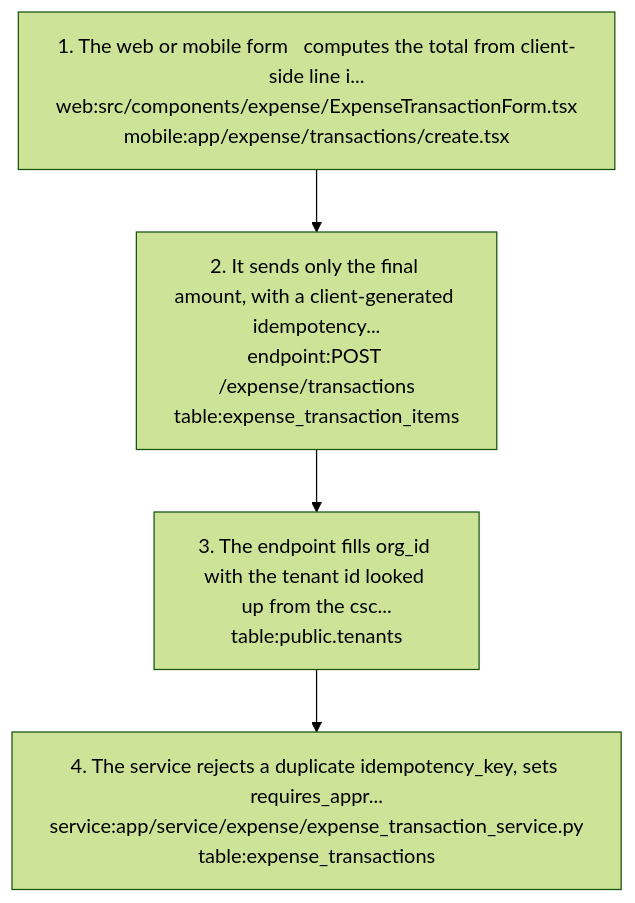
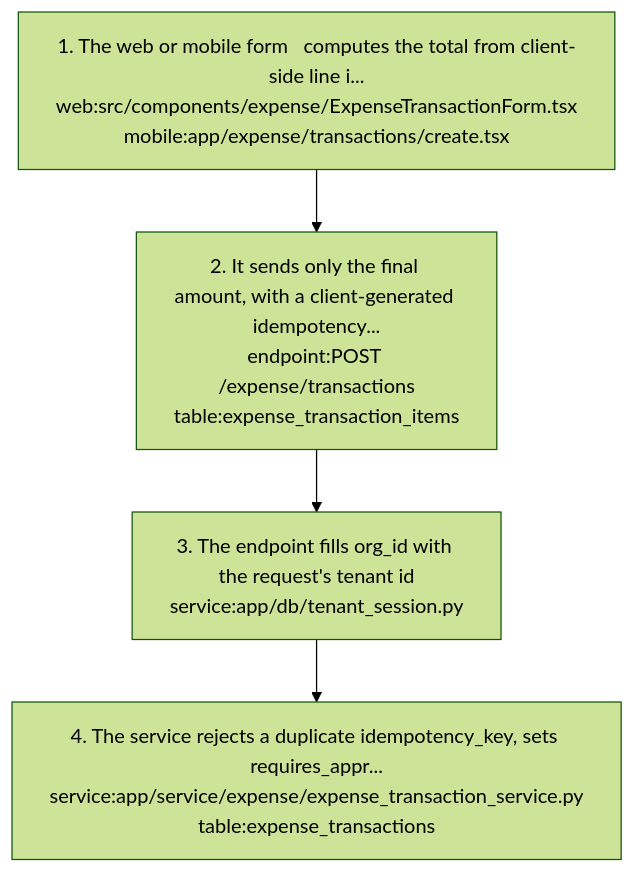
Before and after one commit to nerellasraj21/cos360_full_app: the third of 5 diagrams in docs/graph/views/expense.md, drawn with Mermaid (forest theme). The commit also changed other lines of this file and 96 other files, not shown here.

First line of the commit message:
Convert Celery tasks and remaining per-schema code to tenant ids

````diff
--- a/docs/graph/views/expense.md
+++ b/docs/graph/views/expense.md
@@ -172,10 +172,10 @@
 ```mermaid
 flowchart TD
   s1["1. The web or mobile form   computes the total from client-side line i...<br/>web:src/components/expense/ExpenseTransactionForm.tsx<br/>mobile:app/expense/transactions/create.tsx"]
   s2["2. It sends only the final amount, with a client-generated idempotency...<br/>endpoint:POST /expense/transactions<br/>table:expense_transaction_items"]
   s1 --> s2
-  s3["3. The endpoint fills org_id with the tenant id looked up from the csc...<br/>table:public.tenants"]
+  s3["3. The endpoint fills org_id with the request's tenant id<br/>service:app/db/tenant_session.py"]
   s2 --> s3
   s4["4. The service rejects a duplicate idempotency_key, sets requires_appr...<br/>service:app/service/expense/expense_transaction_service.py<br/>table:expense_transactions"]
   s3 --> s4
 ```
````
